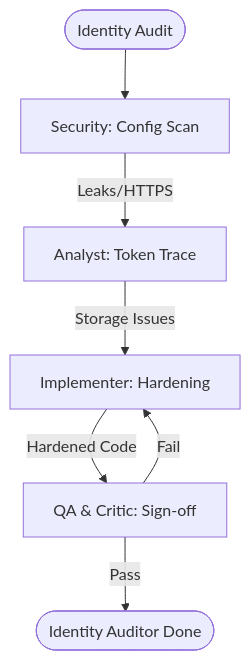
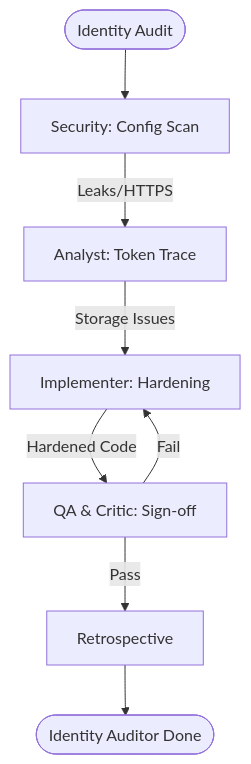
One commit to seanspiesman/Agents-and-Workflows changed the diagram in custom-agents/workflows/security/GeoIdentityAudit.workflow.md. Above: the diagram before and after it, drawn with Mermaid. The commit also changed other lines of this file and 38 other files, not shown here.

````diff
--- a/custom-agents/workflows/security/GeoIdentityAudit.workflow.md
+++ b/custom-agents/workflows/security/GeoIdentityAudit.workflow.md
@@ -59,9 +67,10 @@
 ```mermaid
 flowchart TD
     Start([Identity Audit]) --> P1[Security: Config Scan]
     P1 -->|Leaks/HTTPS| P2[Analyst: Token Trace]
     P2 -->|Storage Issues| P3[Implementer: Hardening]
     P3 -->|Hardened Code| P4[QA & Critic: Sign-off]
     P4 -->|Fail| P3
-    P4 -->|Pass| End([Identity Auditor Done])
+    P4 -->|Pass| P5[Retrospective]
+    P5 --> End([Identity Auditor Done])
 ```
````
